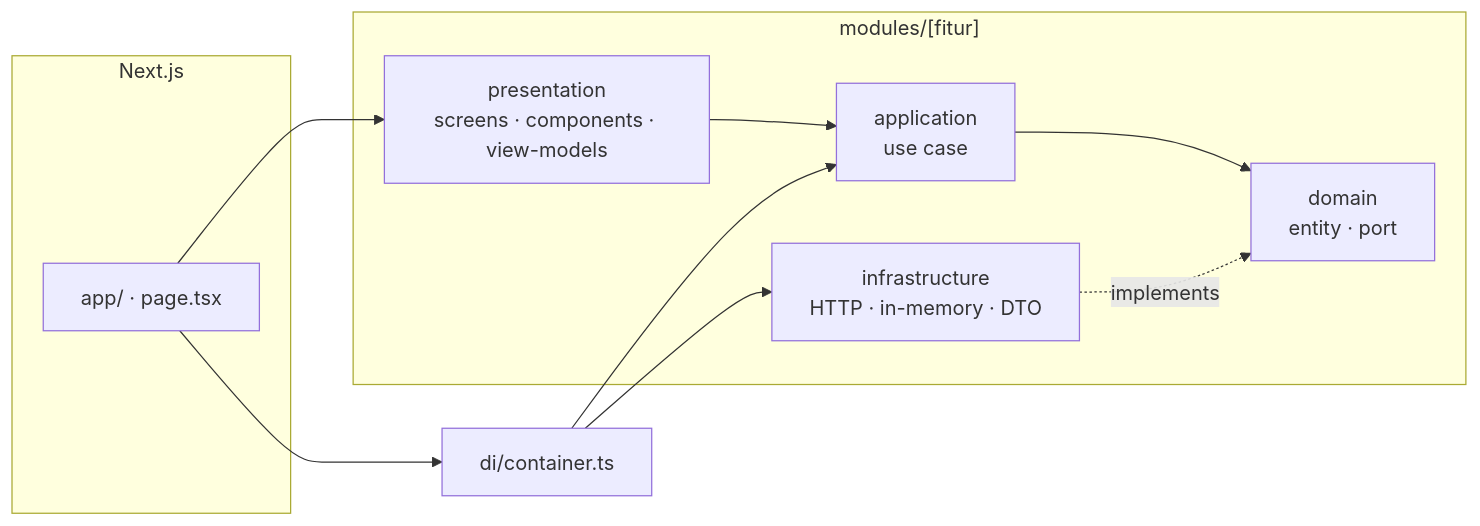
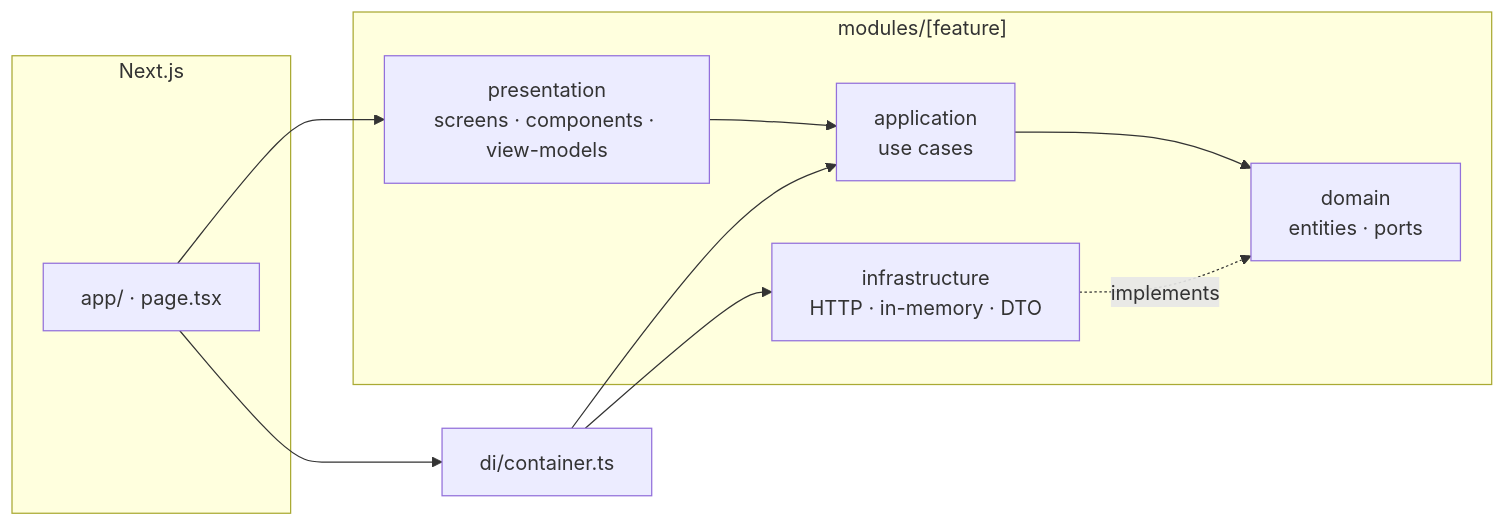
Before and after one commit to deny-wijaya/flowca-personal-finance-next: the diagram in README.md, drawn with Mermaid. The commit also changed other lines of this file, not shown here.

````diff
--- a/README.md
+++ b/README.md
@@ -84,21 +86,21 @@
 ```mermaid
 flowchart LR
   subgraph Next.js
     route["app/ · page.tsx"]
   end
-  subgraph "modules/[fitur]"
+  subgraph "modules/[feature]"
     presentation["presentation<br/>screens · components · view-models"]
-    application["application<br/>use case"]
-    domain["domain<br/>entity · port"]
+    application["application<br/>use cases"]
+    domain["domain<br/>entities · ports"]
     infrastructure["infrastructure<br/>HTTP · in-memory · DTO"]
   end
   di["di/container.ts"]
 
   route --> presentation
   route --> di
   presentation --> application
   application --> domain
   infrastructure -. implements .-> domain
   di --> application
   di --> infrastructure
 ```
````
